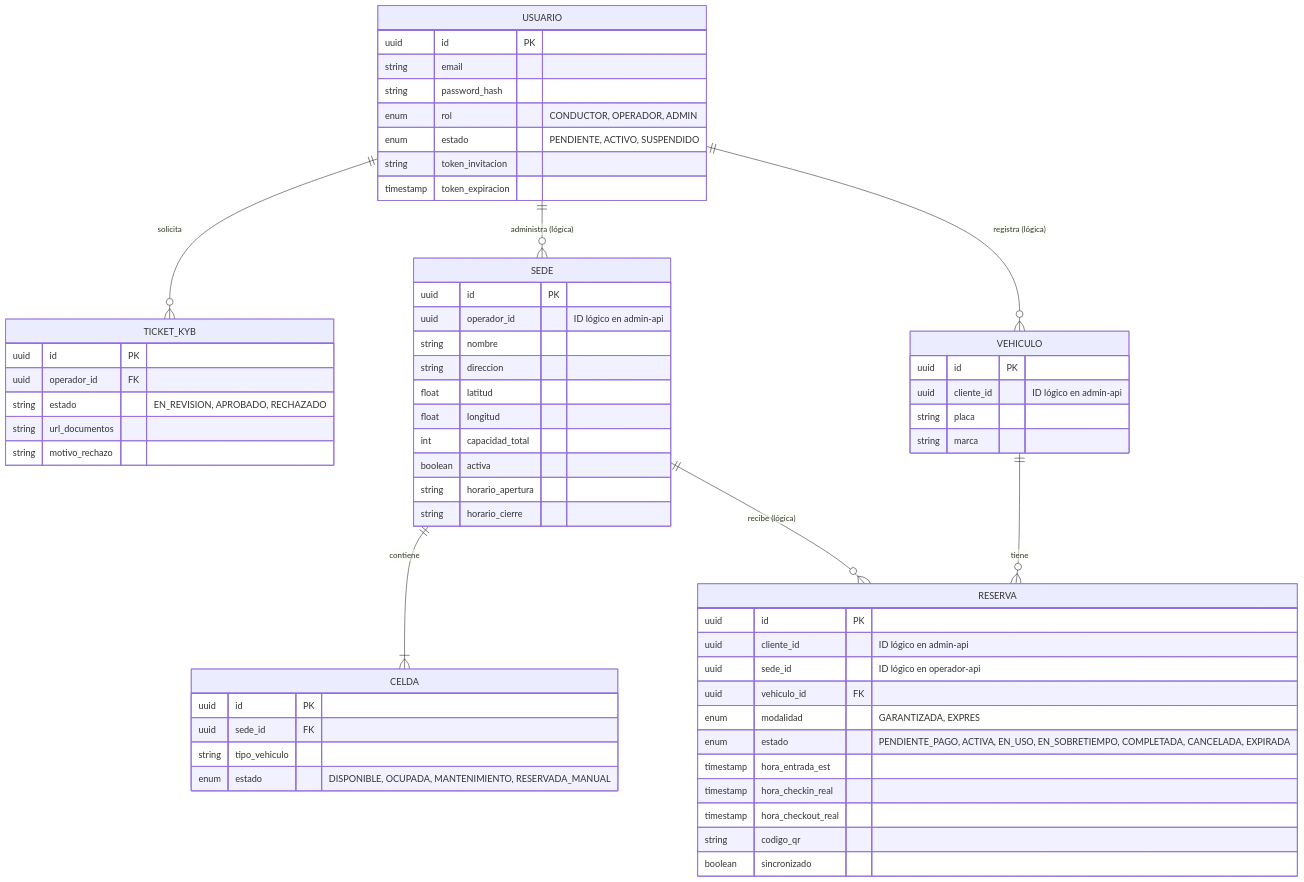
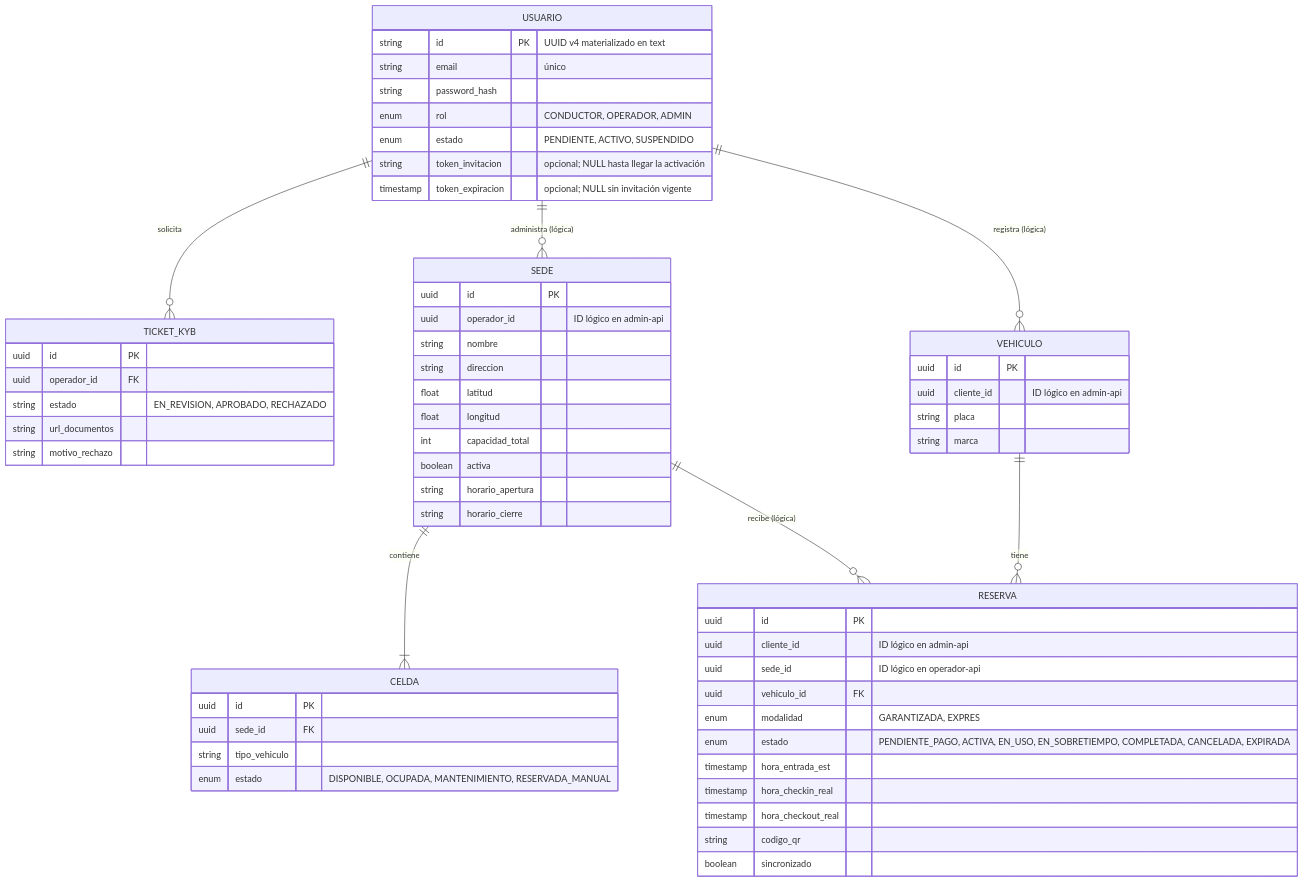
One commit to Amospad/Locify changed the first of 2 diagrams in docs/docs/tecnico/referencia/modelo-datos.md. Above: the diagram before and after it, drawn with Mermaid. The commit also changed other lines of this file and 8 other files, not shown here.

````diff
--- a/docs/docs/tecnico/referencia/modelo-datos.md
+++ b/docs/docs/tecnico/referencia/modelo-datos.md
@@ -16,72 +16,72 @@
 ```mermaid
 erDiagram
     %% MICROSERVICIO: ADMIN (KYB y Usuarios)
     USUARIO {
-        uuid id PK
-        string email
+        string id PK "UUID v4 materializado en text"
+        string email "único"
         string password_hash
         enum rol "CONDUCTOR, OPERADOR, ADMIN"
         enum estado "PENDIENTE, ACTIVO, SUSPENDIDO"
-        string token_invitacion
-        timestamp token_expiracion
+        string token_invitacion "opcional; NULL hasta llegar la activación"
+        timestamp token_expiracion "opcional; NULL sin invitación vigente"
     }
     
     TICKET_KYB {
         uuid id PK
         uuid operador_id FK
         string estado "EN_REVISION, APROBADO, RECHAZADO"
         string url_documentos
         string motivo_rechazo
     }
 
     %% MICROSERVICIO: OPERADOR (Sedes y Ocupación)
     SEDE {
         uuid id PK
         uuid operador_id "ID lógico en admin-api"
         string nombre
         string direccion
         float latitud
         float longitud
         int capacidad_total
         boolean activa
         string horario_apertura
         string horario_cierre
     }
 
     CELDA {
         uuid id PK
         uuid sede_id FK
         string tipo_vehiculo
         enum estado "DISPONIBLE, OCUPADA, MANTENIMIENTO, RESERVADA_MANUAL"
     }
 
     %% MICROSERVICIO: CLIENTE (Reservas y Vehículos)
     VEHICULO {
         uuid id PK
         uuid cliente_id "ID lógico en admin-api"
         string placa
         string marca
     }
 
     RESERVA {
         uuid id PK
         uuid cliente_id "ID lógico en admin-api"
         uuid sede_id "ID lógico en operador-api"
         uuid vehiculo_id FK
         enum modalidad "GARANTIZADA, EXPRES"
         enum estado "PENDIENTE_PAGO, ACTIVA, EN_USO, EN_SOBRETIEMPO, COMPLETADA, CANCELADA, EXPIRADA"
         timestamp hora_entrada_est
         timestamp hora_checkin_real
         timestamp hora_checkout_real
         string codigo_qr
         boolean sincronizado
     }
 
     %% Relaciones lógicas (no son FOREIGN KEY entre servicios distintos)
     USUARIO ||--o{ TICKET_KYB : "solicita"
     USUARIO ||--o{ SEDE : "administra (lógica)"
     SEDE ||--|{ CELDA : "contiene"
     USUARIO ||--o{ VEHICULO : "registra (lógica)"
     VEHICULO ||--o{ RESERVA : "tiene"
     SEDE ||--o{ RESERVA : "recibe (lógica)"
 ```
````
